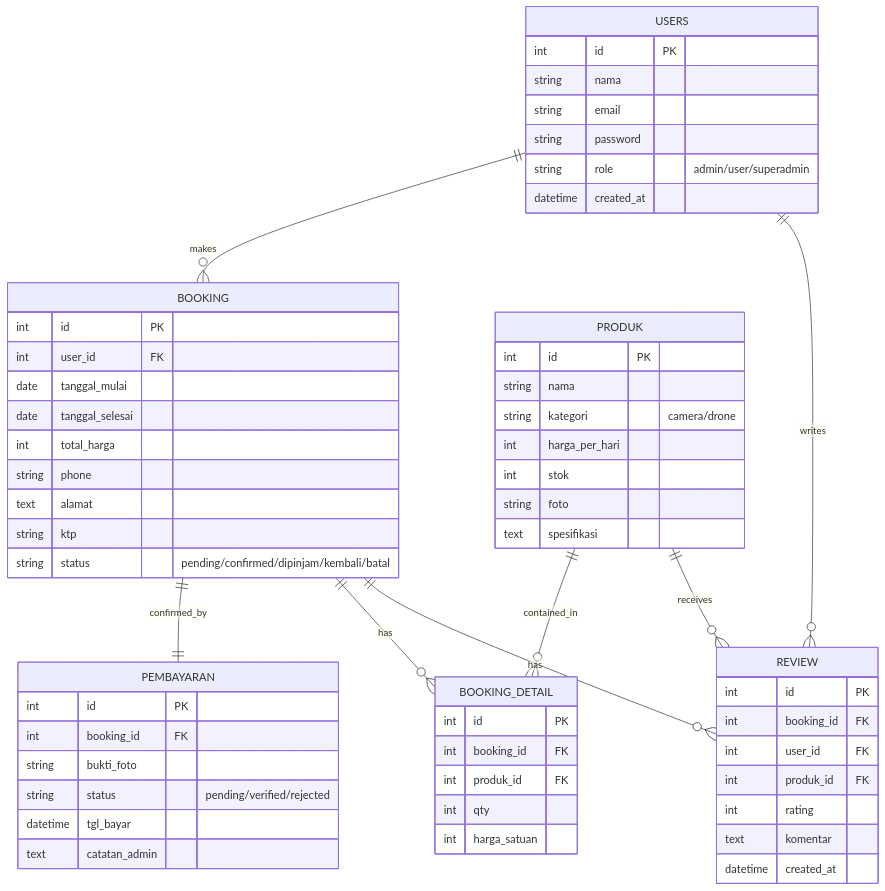
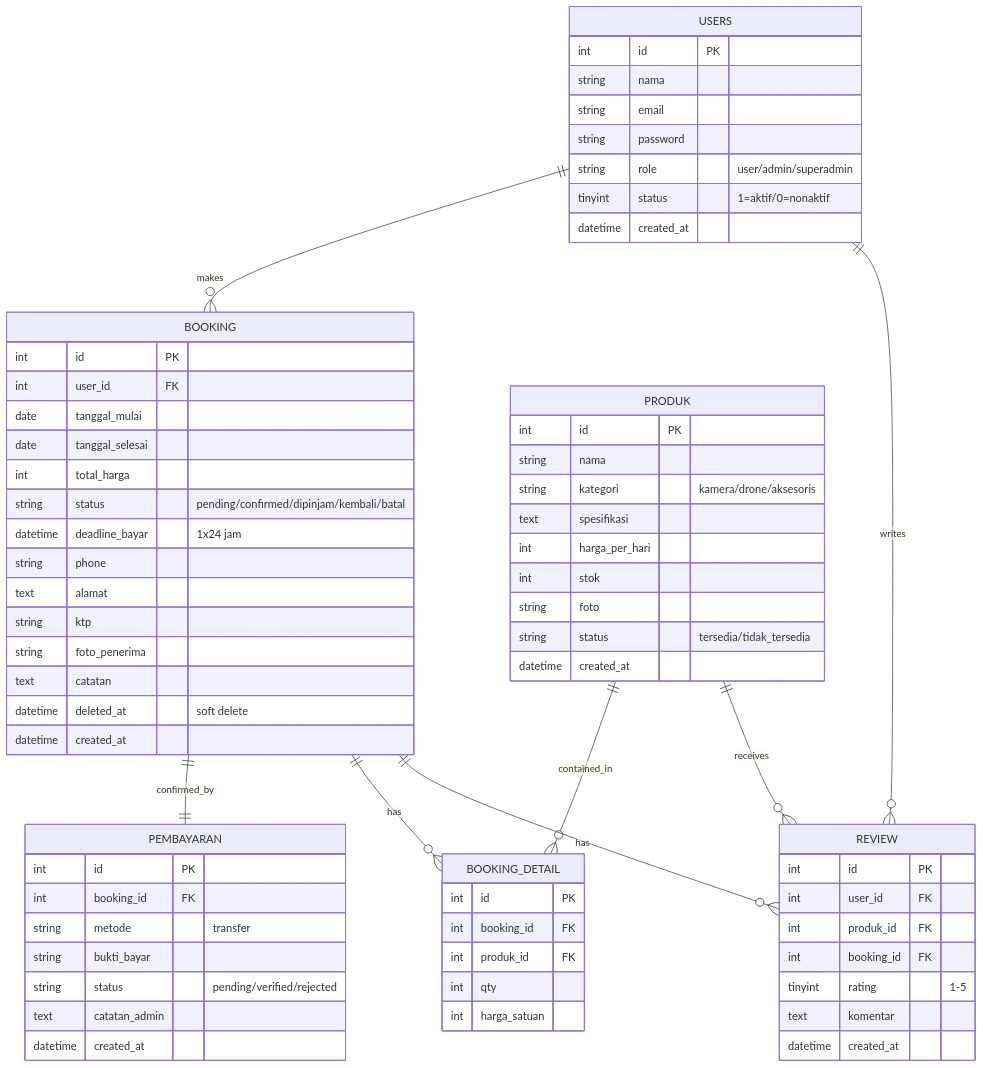
One commit to haidaralfff/rentcam-website changed the ninth of 9 diagrams in docs/docs.md. Above: the diagram before and after it, drawn with Mermaid. The commit also changed other lines of this file and 1 other file, not shown here.

````diff
--- a/docs/docs.md
+++ b/docs/docs.md
@@ -190,68 +212,77 @@
 ```mermaid
 erDiagram
     USERS ||--o{ BOOKING : makes
     USERS ||--o{ REVIEW : writes
     PRODUK ||--o{ BOOKING_DETAIL : contained_in
     BOOKING ||--|| PEMBAYARAN : confirmed_by
     BOOKING ||--o{ BOOKING_DETAIL : has
     BOOKING ||--o{ REVIEW : has
     PRODUK ||--o{ REVIEW : receives
 
     USERS {
         int id PK
         string nama
         string email
         string password
-        string role "admin/user/superadmin"
+        string role "user/admin/superadmin"
+        tinyint status "1=aktif/0=nonaktif"
         datetime created_at
     }
 
     PRODUK {
         int id PK
         string nama
-        string kategori "camera/drone"
+        string kategori "kamera/drone/aksesoris"
+        text spesifikasi
         int harga_per_hari
         int stok
         string foto
-        text spesifikasi
+        string status "tersedia/tidak_tersedia"
+        datetime created_at
     }
 
     BOOKING {
         int id PK
         int user_id FK
         date tanggal_mulai
         date tanggal_selesai
         int total_harga
+        string status "pending/confirmed/dipinjam/kembali/batal"
+        datetime deadline_bayar "1x24 jam"
         string phone
         text alamat
         string ktp
-        string status "pending/confirmed/dipinjam/kembali/batal"
+        string foto_penerima
+        text catatan
+        datetime deleted_at "soft delete"
+        datetime created_at
     }
 
     BOOKING_DETAIL {
         int id PK
         int booking_id FK
         int produk_id FK
         int qty
         int harga_satuan
     }
 
     PEMBAYARAN {
         int id PK
         int booking_id FK
-        string bukti_foto
+        string metode "transfer"
+        string bukti_bayar
         string status "pending/verified/rejected"
-        datetime tgl_bayar
         text catatan_admin
+        datetime created_at
     }
 
     REVIEW {
         int id PK
-        int booking_id FK
         int user_id FK
         int produk_id FK
-        int rating
+        int booking_id FK
+        tinyint rating "1-5"
         text komentar
         datetime created_at
     }
 ```
````
